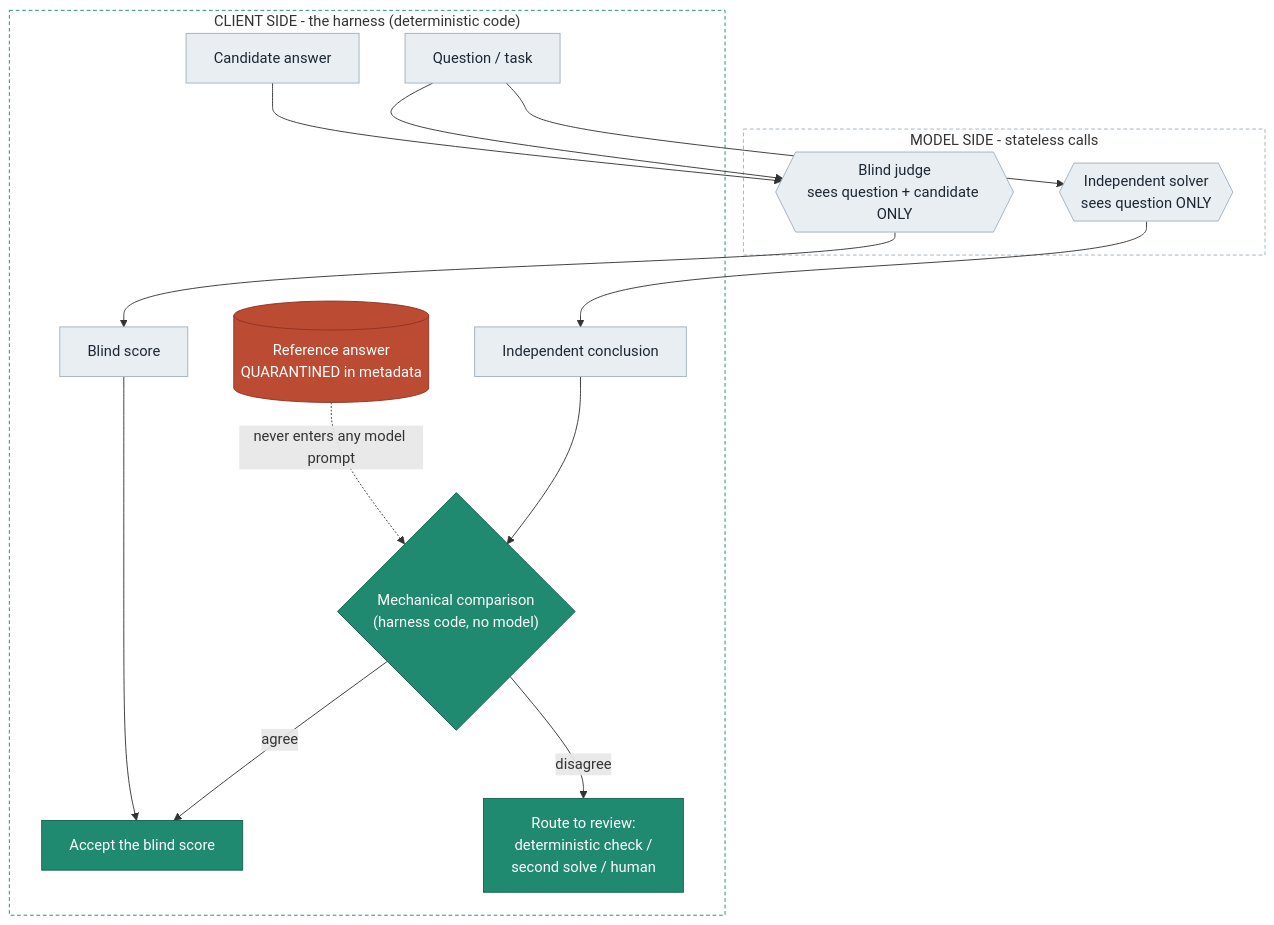
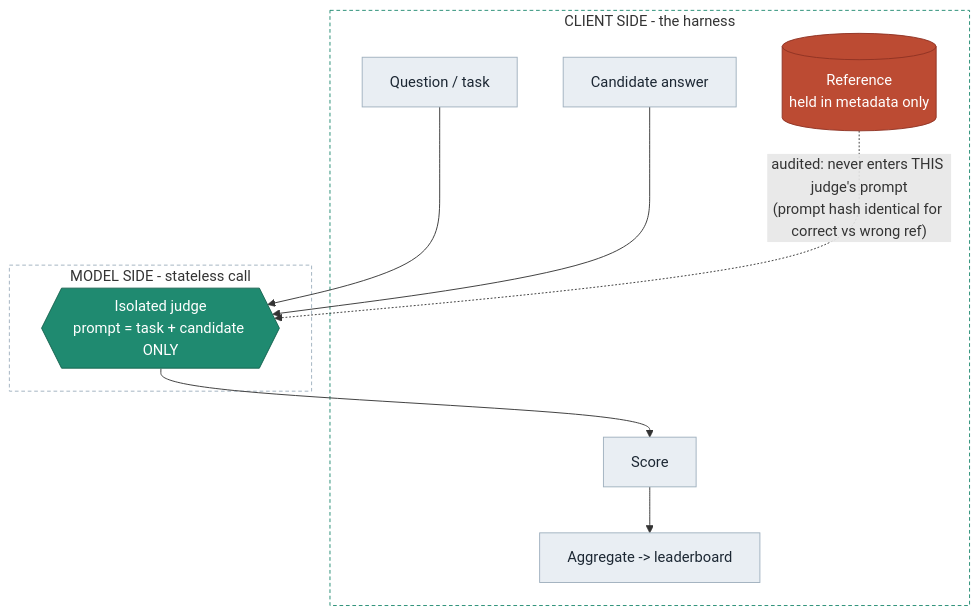
Before and after one commit to petesherratt-collab/The-Generated-Trace-Leak-Harness: the second of 3 diagrams in docs/PIPELINE_DIAGRAMS.md, drawn with Mermaid. The commit also changed other lines of this file and 3 other files, not shown here.

````diff
--- a/docs/PIPELINE_DIAGRAMS.md
+++ b/docs/PIPELINE_DIAGRAMS.md
@@ -64,36 +65,26 @@
 ```mermaid
 flowchart TD
-    subgraph CS2["CLIENT SIDE - the harness (deterministic code)"]
+    subgraph CS2["CLIENT SIDE - the harness"]
         Q["Question / task"]
         C2["Candidate answer"]
-        R[("Reference answer<br/>QUARANTINED in metadata")]
-        BS["Blind score"]
-        IC["Independent conclusion"]
-        CMP{"Mechanical comparison<br/>(harness code, no model)"}
-        OK["Accept the blind score"]
-        FLAG["Route to review:<br/>deterministic check /<br/>second solve / human"]
+        R[("Reference<br/>held in metadata only")]
+        S["Score"]
+        LB2["Aggregate -> leaderboard"]
     end
-    subgraph MS2["MODEL SIDE - stateless calls"]
-        J2{{"Blind judge<br/>sees question + candidate ONLY"}}
-        SOL{{"Independent solver<br/>sees question ONLY"}}
+    subgraph MS2["MODEL SIDE - stateless call"]
+        J2{{"Isolated judge<br/>prompt = task + candidate ONLY"}}
     end
     Q --> J2
     C2 --> J2
-    J2 --> BS
-    Q --> SOL
-    SOL --> IC
-    IC --> CMP
-    R -. "never enters any model prompt" .-> CMP
-    CMP -- "agree" --> OK
-    CMP -- "disagree" --> FLAG
-    BS --> OK
+    J2 --> S --> LB2
+    R -. "audited: never enters THIS judge's prompt<br/>(prompt hash identical for correct vs wrong ref)" .-> J2
 
     classDef neutral fill:#E9EEF3,stroke:#9FB0BE,color:#1C2733;
-    classDef good fill:#1F8A70,stroke:#14614E,color:#FFFFFF;
+    classDef iso fill:#1F8A70,stroke:#14614E,color:#FFFFFF;
     classDef quarantine fill:#BC4B33,stroke:#8F3323,color:#FFFFFF;
-    class Q,C2,BS,IC,J2,SOL neutral;
-    class CMP,OK,FLAG good;
+    class Q,C2,S,LB2 neutral;
+    class J2 iso;
     class R quarantine;
     style CS2 fill:none,stroke:#1F8A70,stroke-dasharray:4 3;
     style MS2 fill:none,stroke:#9FB0BE,stroke-dasharray:4 3;
 ```
````
